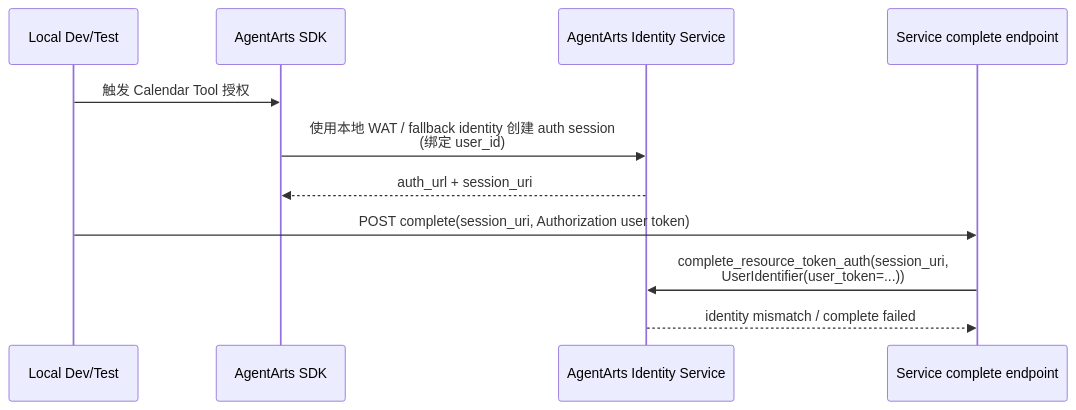
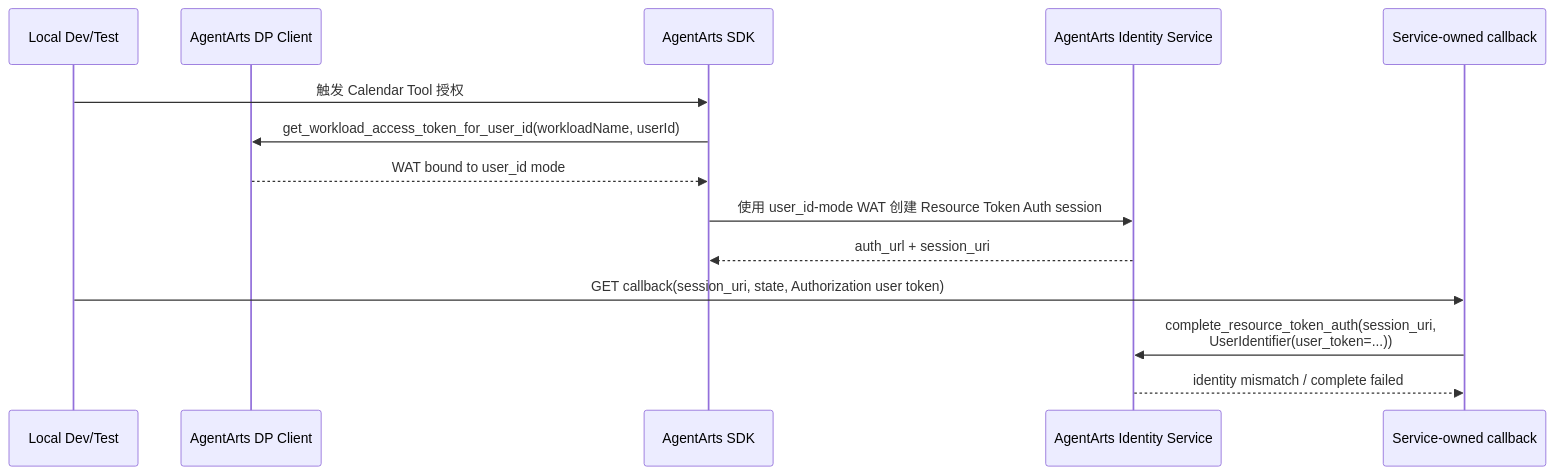
The diagram in personal-assistant-meta/issues/bugs/bug-22-calendar-oauth2-local-complete-user-token-wat-mismatch/issue.md (T-1009/personal-assistant), drawn with Mermaid before and after one commit. The commit also changed other lines of this file, not shown here.

First line of the commit message:
docs: reopen bug-22 with environment-based identity mode strategy

````diff
--- a/personal-assistant-meta/issues/bugs/bug-22-calendar-oauth2-local-complete-user-token-wat-mismatch/issue.md
+++ b/personal-assistant-meta/issues/bugs/bug-22-calendar-oauth2-local-complete-user-token-wat-mismatch/issue.md
@@ -63,14 +78,17 @@
 ```mermaid
 sequenceDiagram
     participant Local as Local Dev/Test
+    participant DP as AgentArts DP Client
     participant SDK as AgentArts SDK
     participant IdSvc as AgentArts Identity Service
-    participant API as Service complete endpoint
+    participant API as Service-owned callback
 
     Local->>SDK: 触发 Calendar Tool 授权
-    SDK->>IdSvc: 使用本地 WAT / fallback identity 创建 auth session<br/>(绑定 user_id)
+    SDK->>DP: get_workload_access_token_for_user_id(workloadName, userId)
+    DP-->>SDK: WAT bound to user_id mode
+    SDK->>IdSvc: 使用 user_id-mode WAT 创建 Resource Token Auth session
     IdSvc-->>SDK: auth_url + session_uri
-    Local->>API: POST complete(session_uri, Authorization user token)
+    Local->>API: GET callback(session_uri, state, Authorization user token)
     API->>IdSvc: complete_resource_token_auth(session_uri,<br/>UserIdentifier(user_token=...))
     IdSvc-->>API: identity mismatch / complete failed
 ```
````
